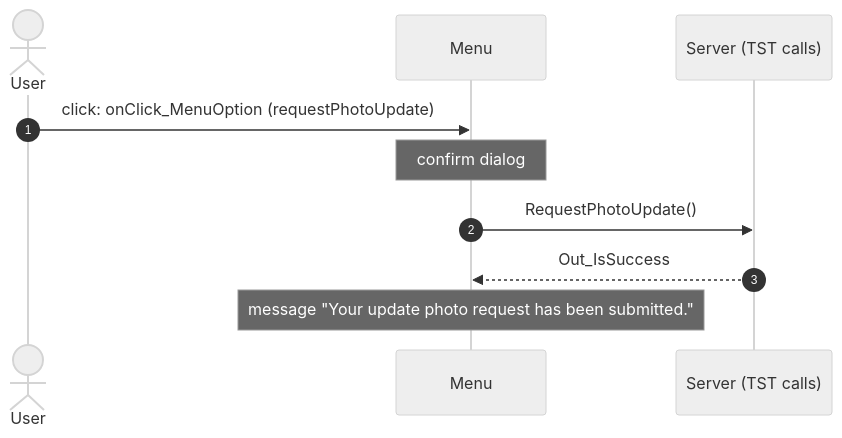
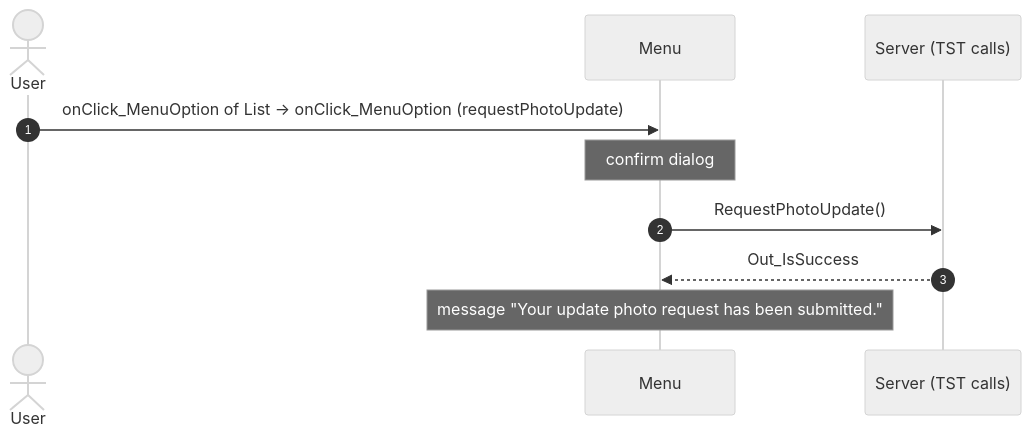
Before and after one commit to Phoenix-DX/connect-new-ui: diagram 13 of 37 in migration/route-actions/Menu.md, drawn with Mermaid (neutral theme). The commit also changed other lines of this file and 9 other files, not shown here.

Commit message:
route actions: facts only; user actions as two independent lists (OutSystems view bindings, React JSX bindings) with Mermaid sequences; factual call columns (direct caller, chains, React references); app shell by definition (survey shell, main.tsx code); constants read for React paths

````diff
--- a/migration/route-actions/Menu.md
+++ b/migration/route-actions/Menu.md
@@ -311,12 +265,12 @@
 ```mermaid
 sequenceDiagram
   autonumber
   actor U as User
   participant B as Menu
   participant S as Server (TST calls)
-  U->>B: click: onClick_MenuOption (requestPhotoUpdate)
+  U->>B: onClick_MenuOption of List → onClick_MenuOption (requestPhotoUpdate)
   Note over B: confirm dialog
   B->>S: RequestPhotoUpdate()
   S-->>B: Out_IsSuccess
   Note over B: message "Your update photo request has been submitted."
 ```
````
